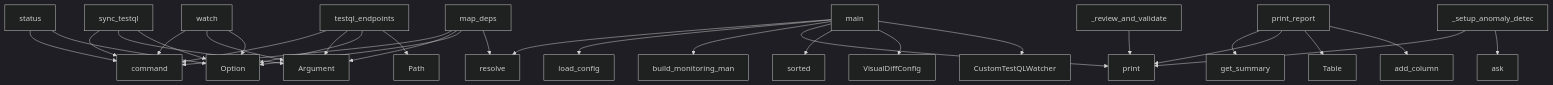
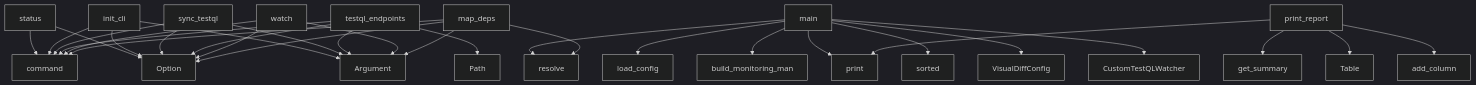
One commit to semcod/wup changed the diagram in project/context.md. Above: the diagram before and after it, drawn with Mermaid (dark theme). The commit also changed other lines of this file and 71 other files, not shown here.

````diff
--- a/project/context.md
+++ b/project/context.md
@@ -558,33 +567,33 @@
 ```mermaid
 graph TD
     status --> command
     status --> Option
+    init_cli --> command
+    init_cli --> Argument
+    init_cli --> Option
     sync_testql --> command
     sync_testql --> Argument
     sync_testql --> Option
     testql_endpoints --> command
     testql_endpoints --> Argument
     testql_endpoints --> Option
     testql_endpoints --> Path
     main --> resolve
     main --> load_config
     main --> build_monitoring_man
     main --> print
     main --> sorted
     watch --> command
     watch --> Argument
     watch --> Option
     main --> VisualDiffConfig
     main --> CustomTestQLWatcher
     print_report --> get_summary
     print_report --> print
     print_report --> Table
     print_report --> add_column
-    _review_and_validate --> print
     map_deps --> command
     map_deps --> Argument
     map_deps --> Option
     map_deps --> resolve
-    _setup_anomaly_detec --> print
-    _setup_anomaly_detec --> ask
 ```
````
